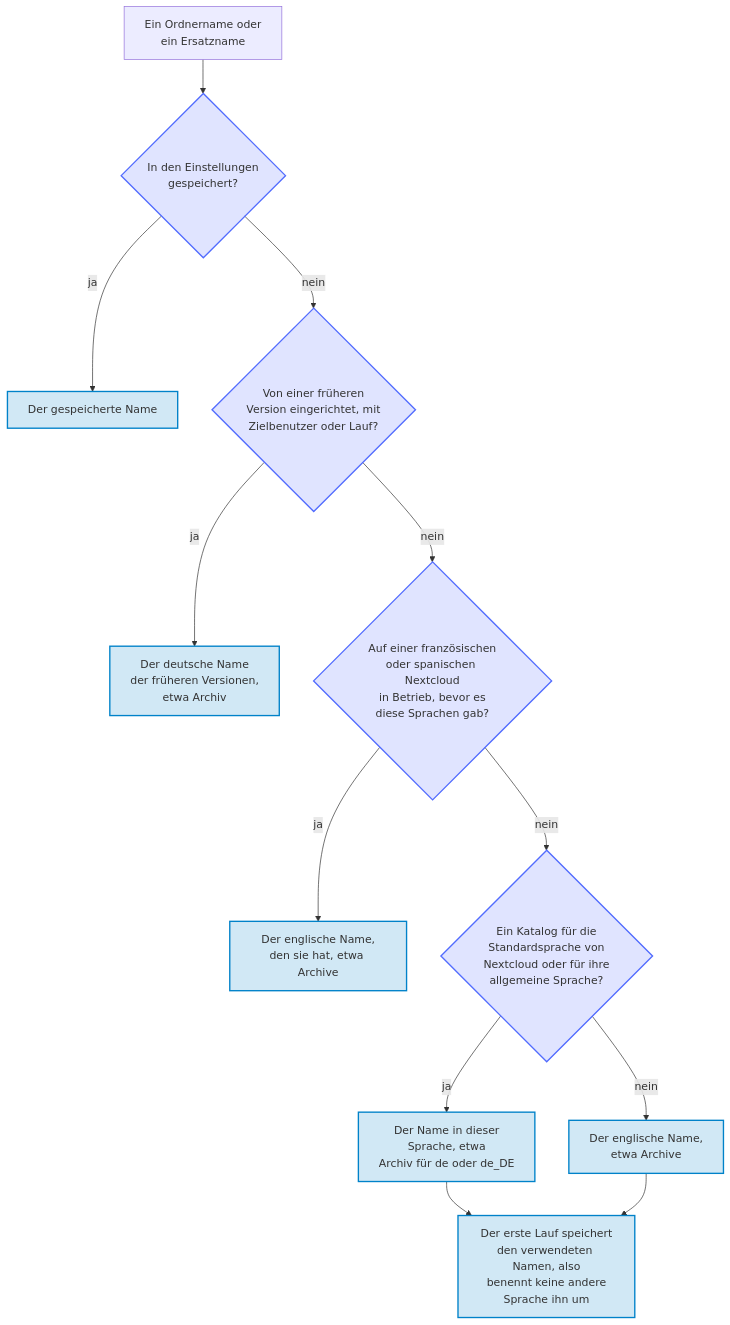
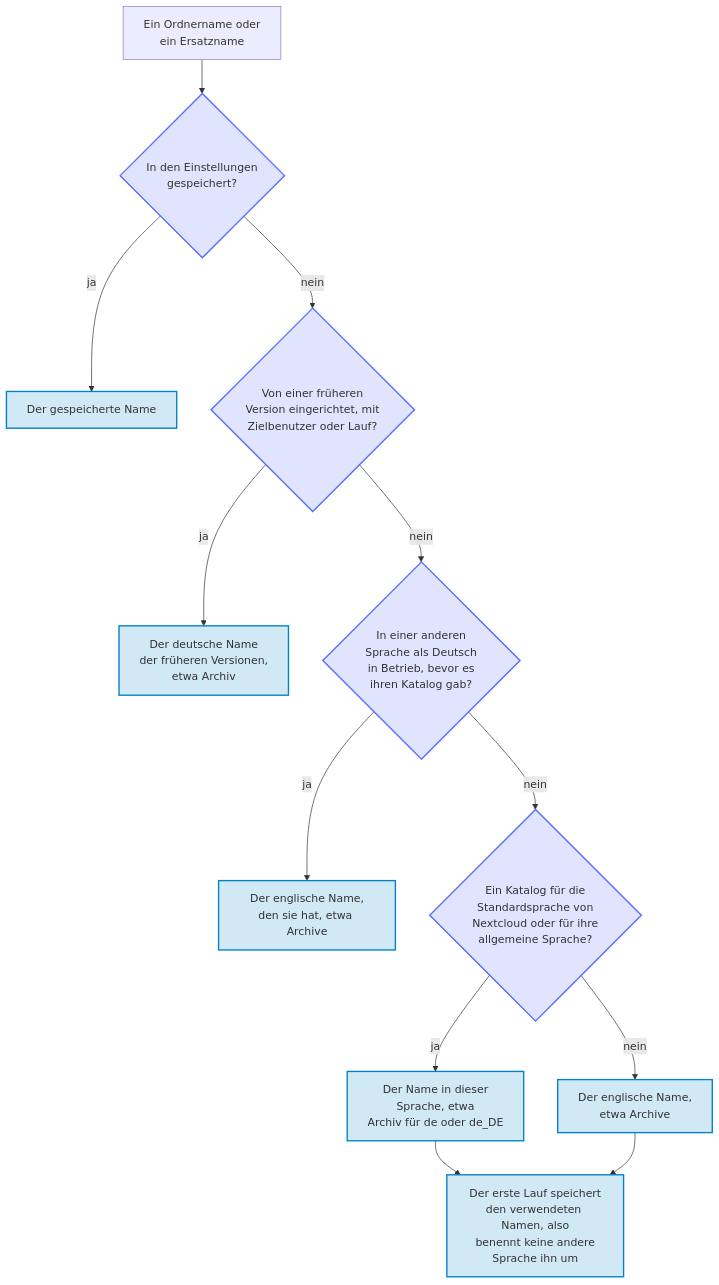
Before and after one commit to Dennis-Otto/paperless-sync: the diagram in docs/diagrams/which-folder-names-an-installation-uses.de.mmd, drawn with Mermaid. The commit also changed 16 other files, not shown here.

```diff
--- a/docs/diagrams/which-folder-names-an-installation-uses.de.mmd
+++ b/docs/diagrams/which-folder-names-an-installation-uses.de.mmd
@@ -1,20 +1,20 @@
 flowchart TB
     accTitle: Welche Ordnernamen eine Installation verwendet
-    accDescr: Für jeden Ordnernamen und jeden Ersatznamen verwendet eine Installation den Namen, den ihre Einstellungen gespeichert haben, gleich in welcher Sprache. Eine Installation, die eine frühere Version eingerichtet hat, mit einem Zielbenutzer oder mit Kopien und Importen ihrer Läufe, behält für einen Namen, den sie nie gespeichert hat, den deutschen Namen dieser Versionen, etwa Archiv. Eine Installation, die auf einer französischen oder spanischen Nextcloud läuft, behält den englischen Namen aus den Versionen vor diesen Sprachen. Eine neue Installation schlägt den Namen in der Standardsprache von Nextcloud vor, wenn die App einen Katalog für diese Sprache oder für ihre allgemeine Sprache hat, etwa Deutsch für de_DE, und sonst auf Englisch, etwa Archive. Das Speichern der Einstellungen behält die Namen, die die Seite zeigt, und der erste Lauf speichert einen Namen, den er verwendet, sodass danach keine andere Sprache den Ordner umbenennt. Die Fragen sind indigo und die Namen in Nextcloud blau.
+    accDescr: Für jeden Ordnernamen und jeden Ersatznamen verwendet eine Installation den Namen, den ihre Einstellungen gespeichert haben, gleich in welcher Sprache. Eine Installation, die eine frühere Version eingerichtet hat, mit einem Zielbenutzer oder mit Kopien und Importen ihrer Läufe, behält für einen Namen, den sie nie gespeichert hat, den deutschen Namen dieser Versionen, etwa Archiv. Eine Installation, die auf einer Nextcloud in einer anderen Sprache als Deutsch läuft, etwa Französisch, Spanisch oder Chinesisch, behält den englischen Namen aus den Versionen vor dieser Sprache. Eine neue Installation schlägt den Namen in der Standardsprache von Nextcloud vor, wenn die App einen Katalog für diese Sprache oder für ihre allgemeine Sprache hat, etwa Deutsch für de_DE, und sonst auf Englisch, etwa Archive. Das Speichern der Einstellungen behält die Namen, die die Seite zeigt, und der erste Lauf speichert einen Namen, den er verwendet, sodass danach keine andere Sprache den Ordner umbenennt. Die Fragen sind indigo und die Namen in Nextcloud blau.
 
     name["Ein Ordnername oder<br>ein Ersatzname"] --> saved{"In den Einstellungen<br>gespeichert?"}
     saved -->|ja| keep["Der gespeicherte Name"]
     saved -->|nein| earlier{"Von einer früheren<br>Version eingerichtet, mit<br>Zielbenutzer oder Lauf?"}
     earlier -->|ja| german["Der deutsche Name<br>der früheren Versionen,<br>etwa Archiv"]
-    earlier -->|nein| inuse{"Auf einer französischen<br>oder spanischen Nextcloud<br>in Betrieb, bevor es<br>diese Sprachen gab?"}
+    earlier -->|nein| inuse{"In einer anderen<br>Sprache als Deutsch<br>in Betrieb, bevor es<br>ihren Katalog gab?"}
     inuse -->|ja| kept["Der englische Name,<br>den sie hat, etwa Archive"]
     inuse -->|nein| language{"Ein Katalog für die<br>Standardsprache von<br>Nextcloud oder für ihre<br>allgemeine Sprache?"}
     language -->|ja| localized["Der Name in dieser<br>Sprache, etwa<br>Archiv für de oder de_DE"]
     language -->|nein| english["Der englische Name,<br>etwa Archive"]
     localized --> stored["Der erste Lauf speichert<br>den verwendeten Namen, also<br>benennt keine andere<br>Sprache ihn um"]
     english --> stored
 
     classDef check fill:#526cfe2e,stroke:#526cfe,stroke-width:2px
     classDef nextcloud fill:#0082c92e,stroke:#0082c9,stroke-width:2px
     class saved,earlier,inuse,language check
     class keep,german,kept,localized,english,stored nextcloud
```
